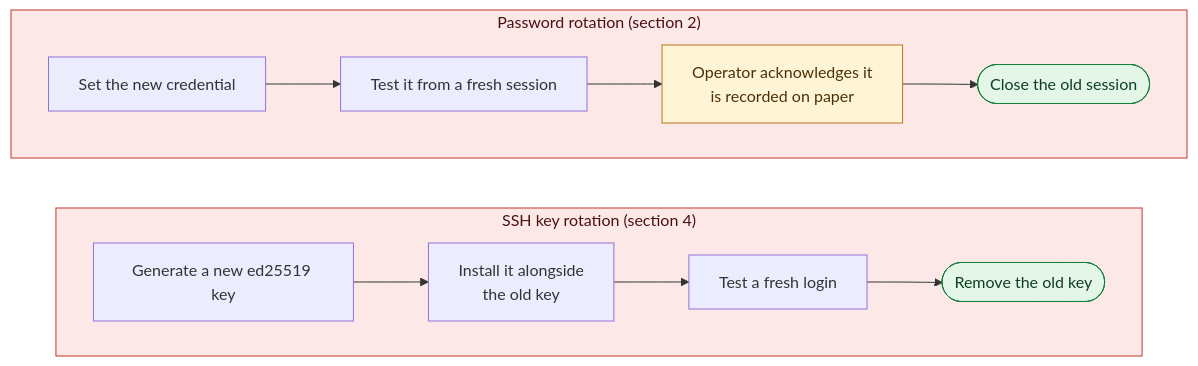
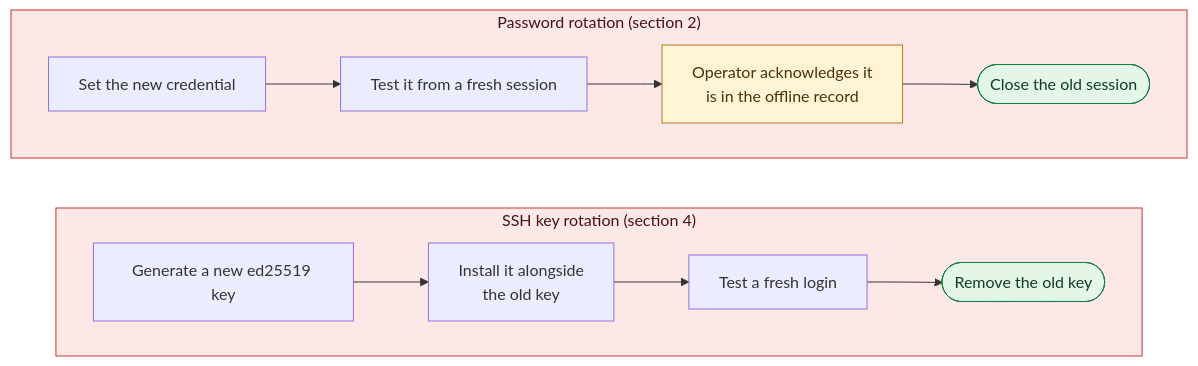
One commit to dotnetdork/Labyrinth changed the diagram in docs/design/05-Credentials-and-SSH-Keys.md. Above: the diagram before and after it, drawn with Mermaid. The commit also changed other lines of this file and 7 other files, not shown here.

First line of the commit message:
Keep secrets in an offline record instead of on paper

````diff
--- a/docs/design/05-Credentials-and-SSH-Keys.md
+++ b/docs/design/05-Credentials-and-SSH-Keys.md
@@ -56,22 +57,22 @@
 ```mermaid
 flowchart TD
     subgraph pw["Password rotation (section 2)"]
         direction LR
         P1["Set the new credential"] --> P2["Test it from a fresh session"]
-        P2 --> P3["Operator acknowledges it<br/>is recorded on paper"]
+        P2 --> P3["Operator acknowledges it<br/>is in the offline record"]
         P3 --> P4(["Close the old session"])
     end
     subgraph key["SSH key rotation (section 4)"]
         direction LR
         K1["Generate a new ed25519 key"] --> K2["Install it alongside<br/>the old key"]
         K2 --> K3["Test a fresh login"]
         K3 --> K4(["Remove the old key"])
     end
     pw ~~~ key
     classDef human fill:#fff4d6,stroke:#b7791f,color:#4a3108
     classDef ok fill:#e3f6e8,stroke:#15803d,color:#0f3d20
     class P3 human
     class P4,K4 ok
     style pw fill:#fde8e8,stroke:#c0392b,color:#4a1111
     style key fill:#fde8e8,stroke:#c0392b,color:#4a1111
 ```
````
